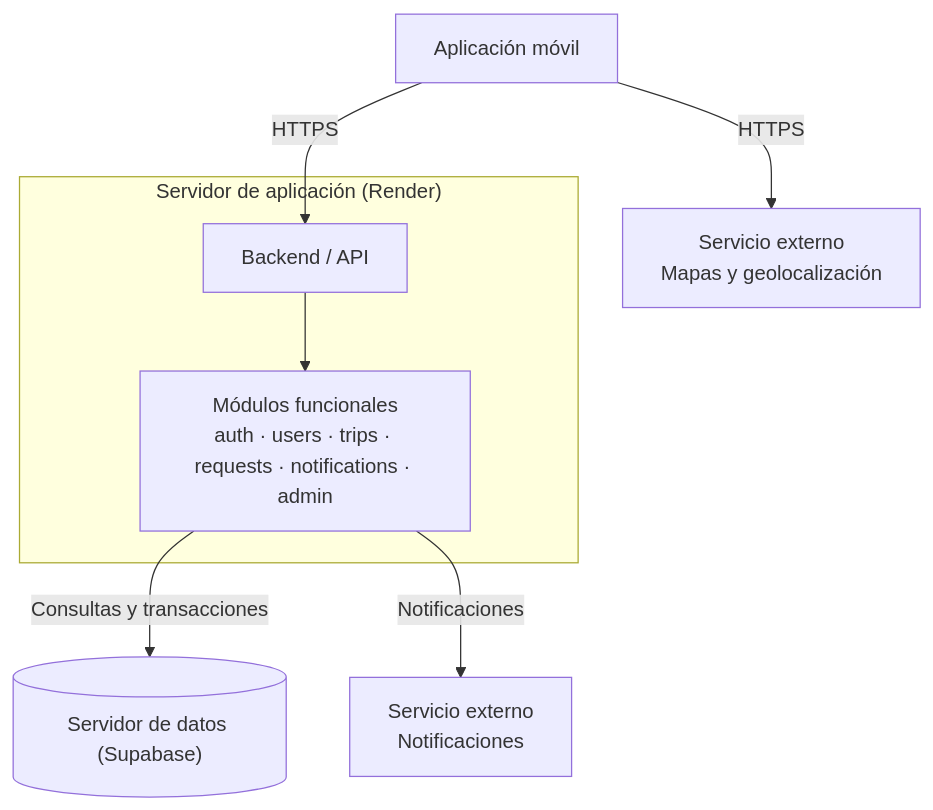
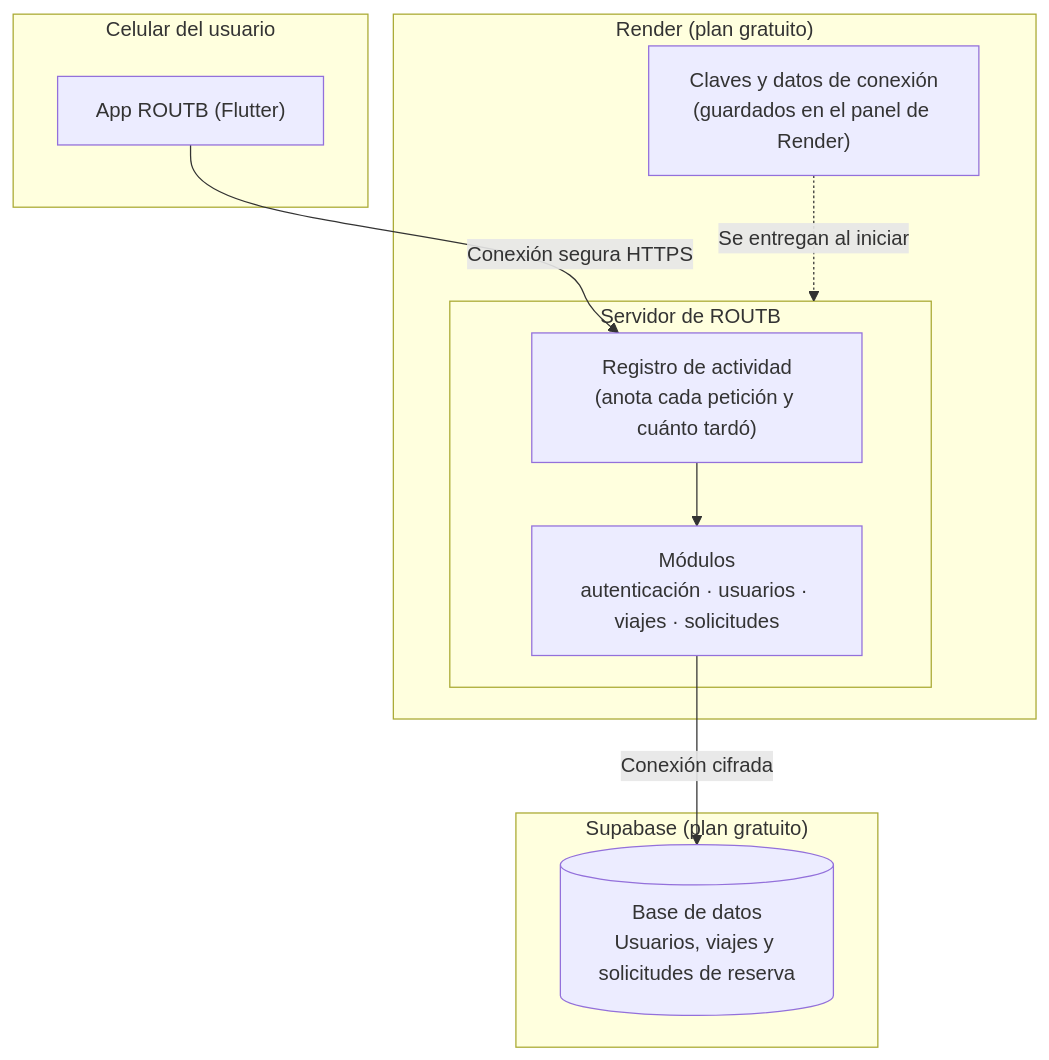
One commit to ISCOUTB/AS_202620_ROUTB changed the second of 2 diagrams in docs/arc42/07_vista_de_despliegue.md. Above: the diagram before and after it, drawn with Mermaid. The commit also changed other lines of this file and 8 other files, not shown here.

````diff
--- a/docs/arc42/07_vista_de_despliegue.md
+++ b/docs/arc42/07_vista_de_despliegue.md
@@ -60,19 +62,23 @@
 ```mermaid
 flowchart TD
-    APP["Aplicación móvil"]
-
-    subgraph SERVER["Servidor de aplicación (Render)"]
-        API["Backend / API"]
-        MODULES["Módulos funcionales<br/>auth · users · trips · requests · notifications · admin"]
+    subgraph USER_ENV["Celular del usuario"]
+        CLIENT_APP["App ROUTB (Flutter)"]
     end
-
-    DB[("Servidor de datos (Supabase)")]
-    MAP["Servicio externo<br/>Mapas y geolocalización"]
-    PUSH["Servicio externo<br/>Notificaciones"]
-
-    APP -->|"HTTPS"| API
-    APP -->|"HTTPS"| MAP
-    API --> MODULES
-    MODULES -->|"Consultas y transacciones"| DB
-    MODULES -->|"Notificaciones"| PUSH
+ 
+    subgraph RENDER_NODE["Render (plan gratuito)"]
+        subgraph SERVER["Servidor de ROUTB"]
+            REGISTRO["Registro de actividad<br/>(anota cada petición y cuánto tardó)"]
+            MODULES["Módulos<br/>autenticación · usuarios · viajes · solicitudes"]
+            REGISTRO --> MODULES
+        end
+        CONFIG["Claves y datos de conexión<br/>(guardados en el panel de Render)"]
+        CONFIG -.->|"Se entregan al iniciar"| SERVER
+    end
+ 
+    subgraph SUPABASE_NODE["Supabase (plan gratuito)"]
+        DB_CORE[("Base de datos<br/>Usuarios, viajes y solicitudes de reserva")]
+    end
+ 
+    CLIENT_APP -->|"Conexión segura HTTPS"| REGISTRO
+    MODULES -->|"Conexión cifrada"| DB_CORE
 ```
````
